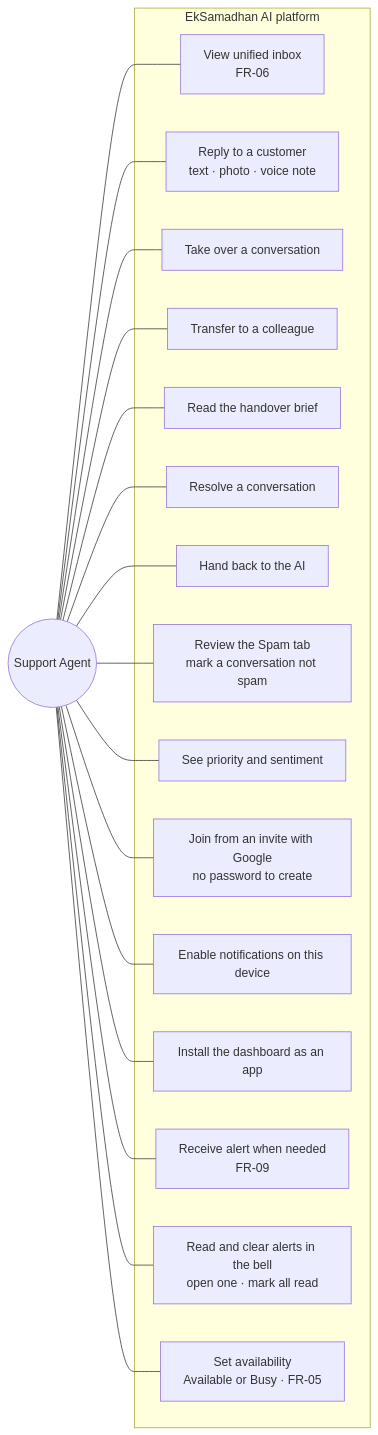
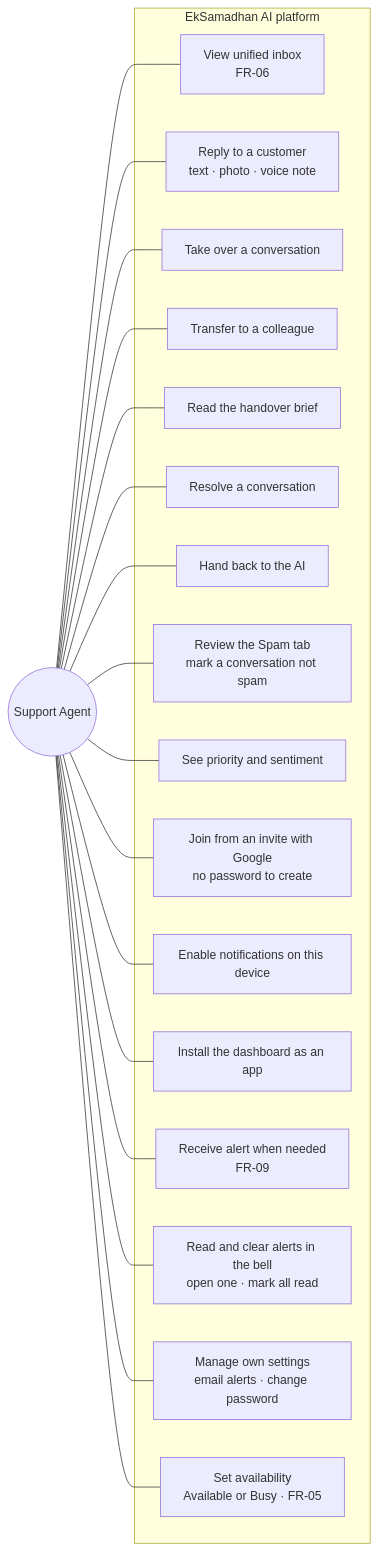
Before and after one commit to SayubShakya/eksamadhan-ai: the second of 5 diagrams in docs/system-design/new-system-design/use-case/README.md, drawn with Mermaid. The commit also changed other lines of this file and 60 other files, not shown here.

````diff
--- a/docs/system-design/new-system-design/use-case/README.md
+++ b/docs/system-design/new-system-design/use-case/README.md
@@ -47,36 +49,38 @@
 ```mermaid
 flowchart LR
     agent(("Support Agent"))
     subgraph s2["EkSamadhan AI platform"]
         b1["View unified inbox<br/>FR-06"]
         b2["Reply to a customer<br/>text · photo · voice note"]
         b3["Take over a conversation"]
         b4["Transfer to a colleague"]
         b5["Read the handover brief"]
         b6["Resolve a conversation"]
         b10["Hand back to the AI"]
         b11["Review the Spam tab<br/>mark a conversation not spam"]
         b12["See priority and sentiment"]
         b13["Join from an invite with Google<br/>no password to create"]
         b7["Enable notifications on this device"]
         b14["Install the dashboard as an app"]
         b8["Receive alert when needed<br/>FR-09"]
         b15["Read and clear alerts in the bell<br/>open one · mark all read"]
+        b16["Manage own settings<br/>email alerts · change password"]
         b9["Set availability<br/>Available or Busy · FR-05"]
     end
     agent --- b1
     agent --- b2
     agent --- b3
     agent --- b4
     agent --- b5
     agent --- b6
     agent --- b10
     agent --- b11
     agent --- b12
     agent --- b13
     agent --- b7
     agent --- b14
     agent --- b8
     agent --- b15
+    agent --- b16
     agent --- b9
 ```
````
